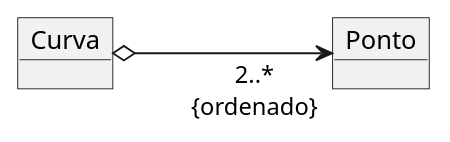
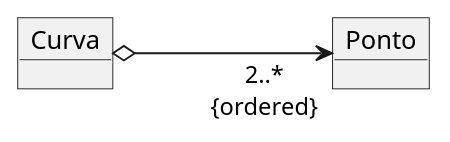
The diagram in Imagens/modelos-01/imagem-09/mod01ima09.plantuml (kyriosdata/oo), drawn with PlantUML before and after one commit. The commit also changed 13 other files, not shown here.

```diff
--- a/Imagens/modelos-01/imagem-09/mod01ima09.plantuml
+++ b/Imagens/modelos-01/imagem-09/mod01ima09.plantuml
@@ -1,6 +1,6 @@
 @startuml mod01ima09
 object "Curva" as o1
 object "Ponto" as o2
 left to right direction
-o1 o--->"2..*\n{ordenado}"o2
+o1 o--->"2..*\n{ordered}"o2
 @enduml
```
